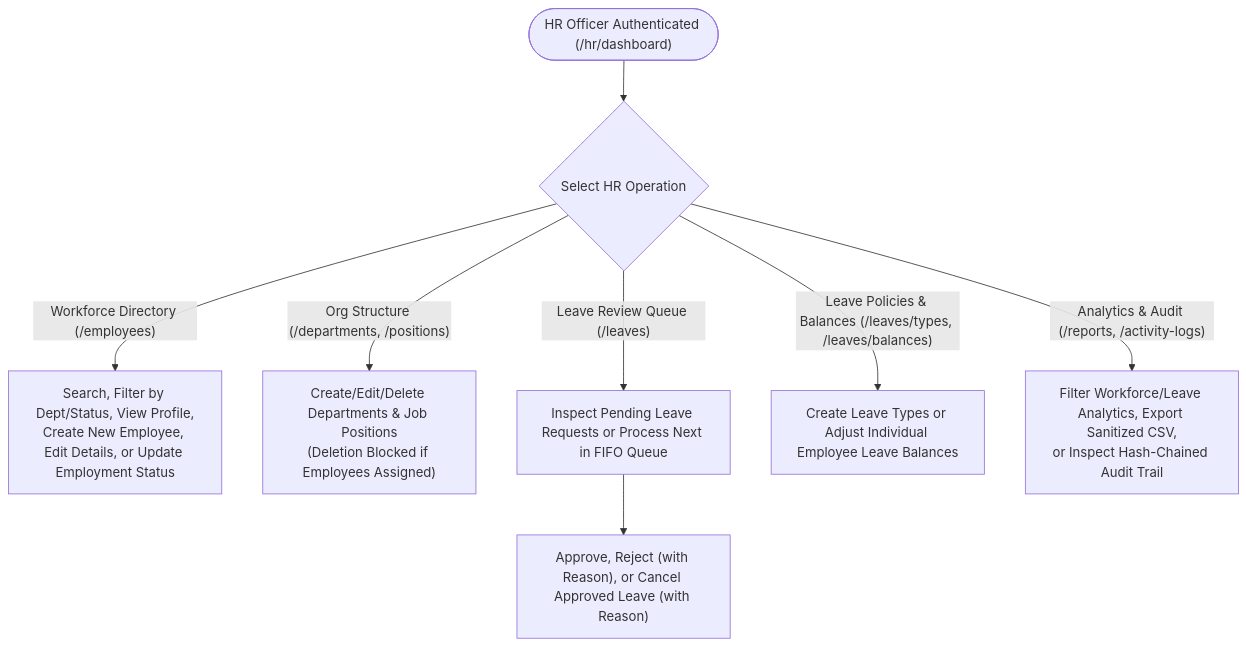
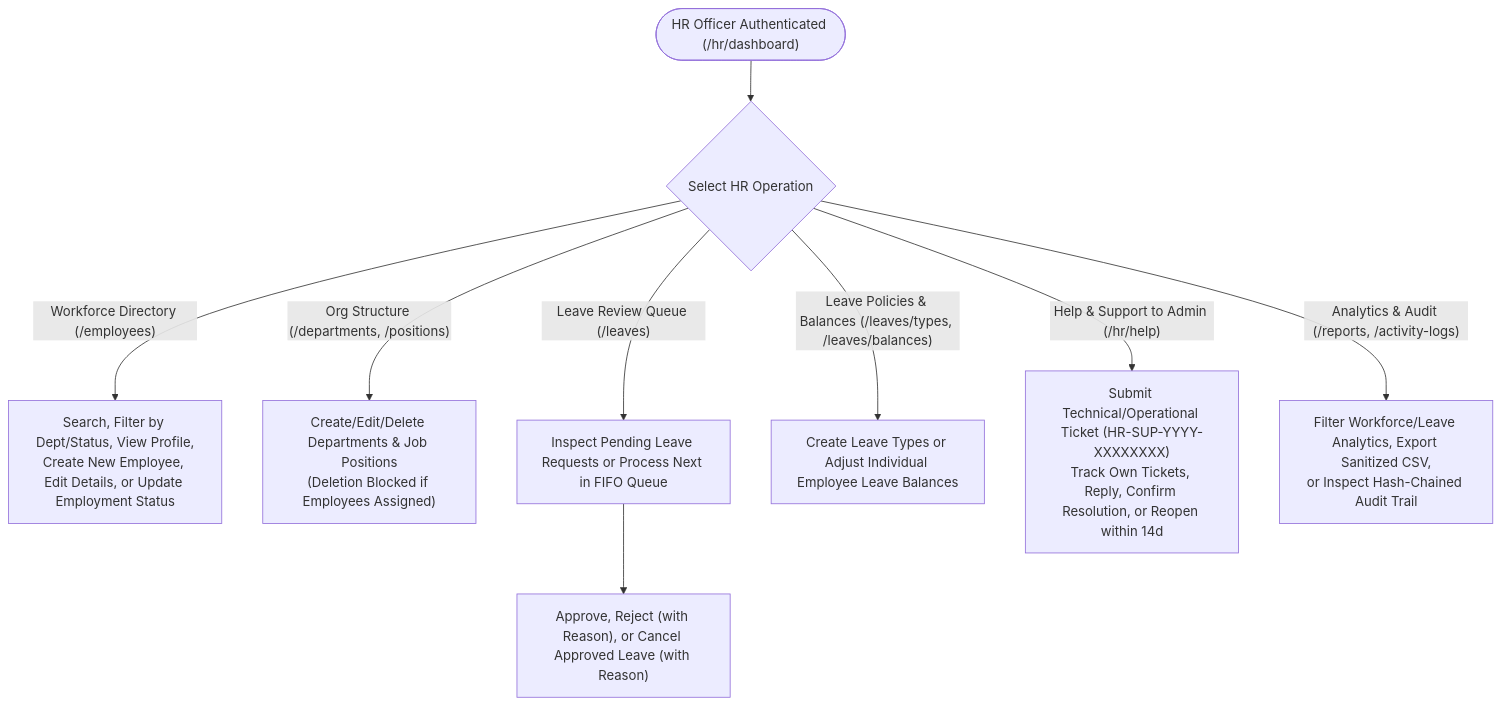
Before and after one commit to JeriStack/HRIS-SYSTEM: the third of 11 diagrams in docs/02-technical/workflows/system-workflows.md, drawn with Mermaid. The commit also changed other lines of this file and 81 other files, not shown here.

````diff
--- a/docs/02-technical/workflows/system-workflows.md
+++ b/docs/02-technical/workflows/system-workflows.md
@@ -69,10 +70,11 @@
 ```mermaid
 flowchart TD
     Start(["HR Officer Authenticated (/hr/dashboard)"]) --> Task{"Select HR Operation"}
     Task -- "Workforce Directory (/employees)" --> E1["Search, Filter by Dept/Status, View Profile,\nCreate New Employee, Edit Details, or Update Employment Status"]
     Task -- "Org Structure (/departments, /positions)" --> O1["Create/Edit/Delete Departments & Job Positions\n(Deletion Blocked if Employees Assigned)"]
     Task -- "Leave Review Queue (/leaves)" --> L1["Inspect Pending Leave Requests or Process Next in FIFO Queue"]
     L1 --> L2["Approve, Reject (with Reason), or Cancel Approved Leave (with Reason)"]
     Task -- "Leave Policies & Balances (/leaves/types, /leaves/balances)" --> B1["Create Leave Types or Adjust Individual Employee Leave Balances"]
+    Task -- "Help & Support to Admin (/hr/help)" --> H1["Submit Technical/Operational Ticket (HR-SUP-YYYY-XXXXXXXX)\nTrack Own Tickets, Reply, Confirm Resolution, or Reopen within 14d"]
     Task -- "Analytics & Audit (/reports, /activity-logs)" --> R1["Filter Workforce/Leave Analytics, Export Sanitized CSV,\nor Inspect Hash-Chained Audit Trail"]
 ```
````
